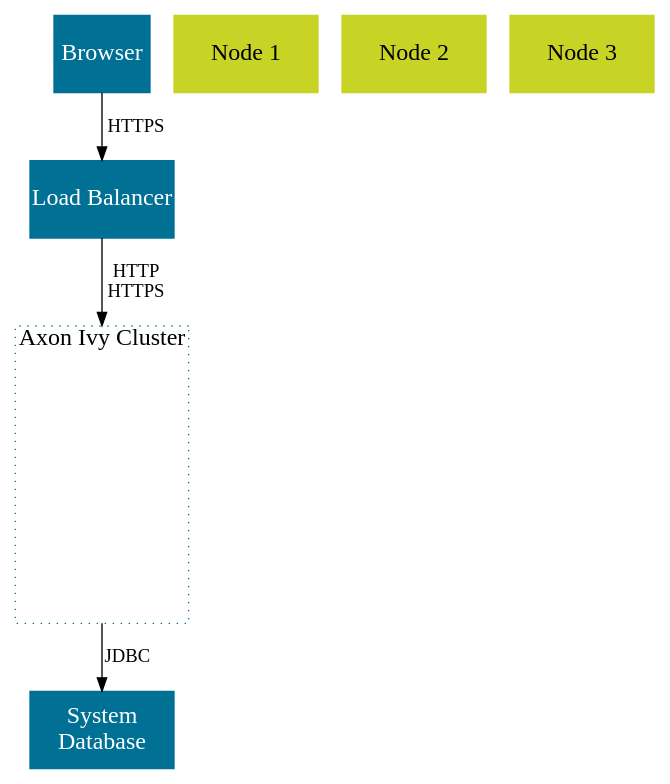
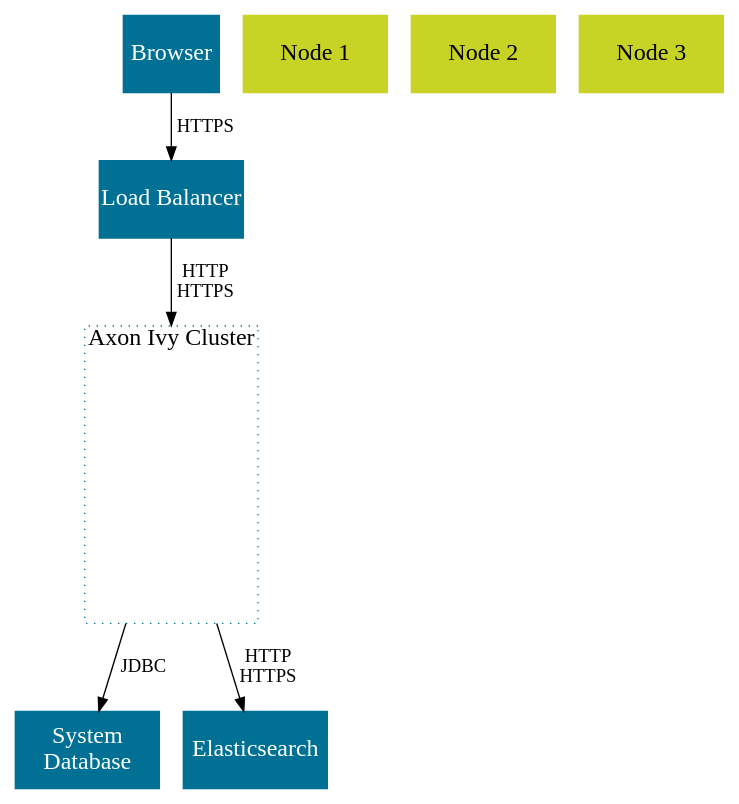
One commit to bernhardAxonIvy/doc changed the diagram in source/engine-guide/integration/cluster/overview.dot. Above: the diagram before and after it, drawn with Graphviz. The commit also changed 10 other files, not shown here.

```diff
--- a/source/engine-guide/integration/cluster/overview.dot
+++ b/source/engine-guide/integration/cluster/overview.dot
@@ -1,28 +1,30 @@
 
 digraph overview {
   node [
     shape=box, 
     style=filled,
     margin=0 width=2 height=0.8
     fontcolor="white",    
     color="#007095",
     fixedsize=true,
     fontsize=18
   ];
 
   browser [ label="Browser", pos = "0,2.5!", width=1];
 
   loadbalancer [ label="Load Balancer",pos = "2.25,2.5!" width="1.5"];
  
   cluster [ label="Axon Ivy Cluster",pos = "5.4,2.5!" width=1.8 height=3.1 style="dotted" fontcolor="black" labelloc="t"];
   engine1 [label="Node 1", pos="5.4,3.2!", height="0.8", width="1.5", color="#C7D426", fontcolor="black"];
   engine2 [label="Node 2", pos="5.4,2.3!", height="0.8", width="1.5", color="#C7D426", fontcolor="black"];
   engine3 [label="Node 3", pos="5.4,1.4!", height="0.8", width="1.5", color="#C7D426", fontcolor="black"];
   
-  systemdb [ label="System\nDatabase", pos="8,2.5!" width="1.5" height="0.8"]
+  systemdb [ label="System\nDatabase", pos="8,3.2!" width="1.5" height="0.8"]
+  elasticsearch [ label="Elasticsearch", pos="8,1.4!" width="1.5" height="0.8"]
 
   browser -> loadbalancer [ label="HTTPS"];
   loadbalancer -> cluster [ label="HTTP\nHTTPS" ];
   
   cluster -> systemdb [ label="JDBC" ];
+  cluster -> elasticsearch [ label="HTTP\nHTTPS" ];
 }
```
